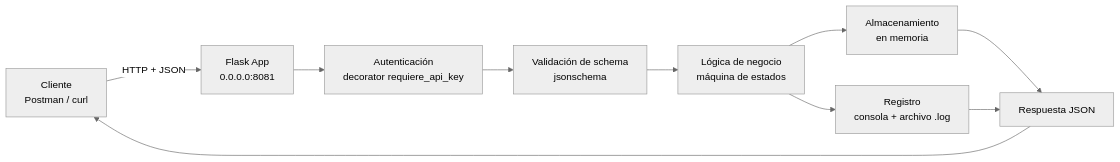
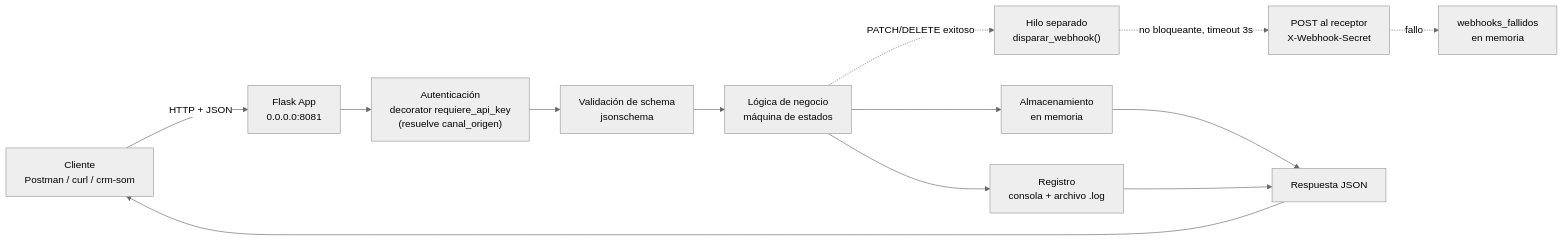
The diagram in docs/1_2_DisenoFuncional_OrdenServicio_DuocUC.md.md (moscosov/som-api-demo), drawn with Mermaid (neutral theme) before and after one commit. The commit also changed other lines of this file and 4 other files, not shown here.

````diff
--- a/docs/1_2_DisenoFuncional_OrdenServicio_DuocUC.md.md
+++ b/docs/1_2_DisenoFuncional_OrdenServicio_DuocUC.md.md
@@ -44,12 +51,15 @@
 ```mermaid
 flowchart LR
-    A["Cliente<br/>Postman / curl"] -->|"HTTP + JSON"| B["Flask App<br/>0.0.0.0:8081"]
-    B --> C["Autenticación<br/>decorator requiere_api_key"]
+    A["Cliente<br/>Postman / curl / crm-som"] -->|"HTTP + JSON"| B["Flask App<br/>0.0.0.0:8081"]
+    B --> C["Autenticación<br/>decorator requiere_api_key<br/>(resuelve canal_origen)"]
     C --> D["Validación de schema<br/>jsonschema"]
     D --> E["Lógica de negocio<br/>máquina de estados"]
     E --> F["Almacenamiento<br/>en memoria"]
     E --> G["Registro<br/>consola + archivo .log"]
+    E -.->|"PATCH/DELETE exitoso"| I["Hilo separado<br/>disparar_webhook()"]
+    I -.->|"no bloqueante, timeout 3s"| J["POST al receptor<br/>X-Webhook-Secret"]
+    J -.->|"fallo"| K["webhooks_fallidos<br/>en memoria"]
     F --> H["Respuesta JSON"]
     G --> H
     H --> A
 ```
````
